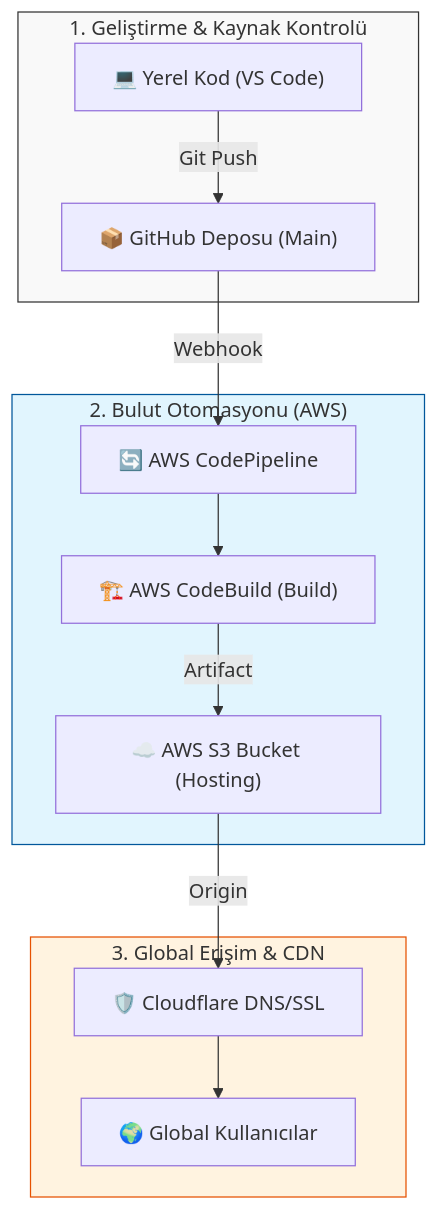
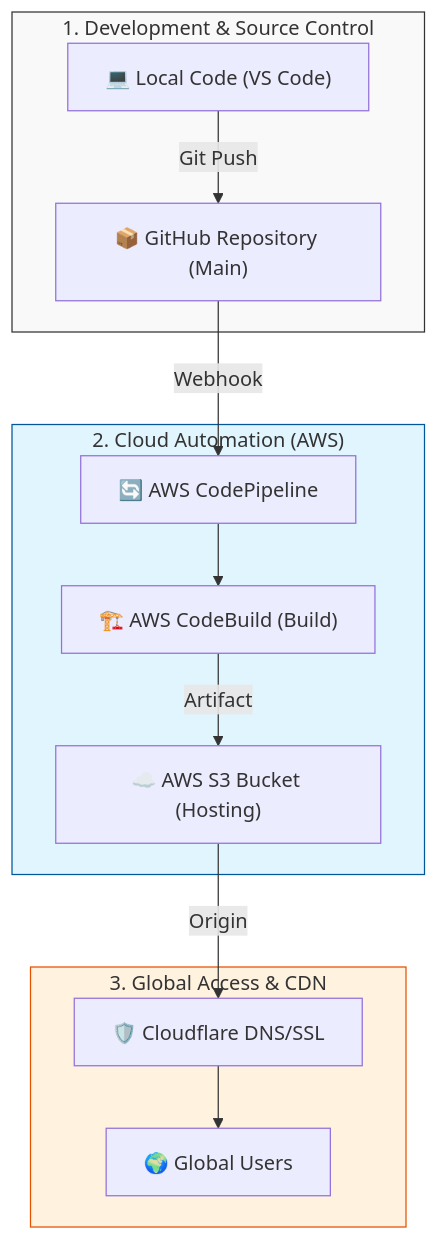
The diagram in README.md (hakanbayraktar/s3-landing-page), drawn with Mermaid before and after one commit. The commit also changed other lines of this file, not shown here.

````diff
--- a/README.md
+++ b/README.md
@@ -22,18 +22,18 @@
 ```mermaid
 graph TD
-    subgraph GELISTIRME_FAZI ["1. Geliştirme & Kaynak Kontrolü"]
-        A["💻 Yerel Kod (VS Code)"] -->|Git Push| B["📦 GitHub Deposu (Main)"]
+    subgraph DEVELOPMENT_PHASE ["1. Development & Source Control"]
+        A["💻 Local Code (VS Code)"] -->|Git Push| B["📦 GitHub Repository (Main)"]
     end
-    subgraph CI_CD_FAZI ["2. Bulut Otomasyonu (AWS)"]
+    subgraph CI_CD_PHASE ["2. Cloud Automation (AWS)"]
         B -->|Webhook| C["🔄 AWS CodePipeline"]
         C --> D["🏗️ AWS CodeBuild (Build)"]
         D -->|Artifact| E["☁️ AWS S3 Bucket (Hosting)"]
     end
-    subgraph DAGITIM_FAZI ["3. Global Erişim & CDN"]
+    subgraph DEPLOYMENT_PHASE ["3. Global Access & CDN"]
         E -->|Origin| F["🛡️ Cloudflare DNS/SSL"]
-        F --> G["🌍 Global Kullanıcılar"]
+        F --> G["🌍 Global Users"]
     end
-    style GELISTIRME_FAZI fill:#f9f9f9,stroke:#333
-    style CI_CD_FAZI fill:#e1f5fe,stroke:#01579b
-    style DAGITIM_FAZI fill:#fff3e0,stroke:#e65100
+    style DEVELOPMENT_PHASE fill:#f9f9f9,stroke:#333
+    style CI_CD_PHASE fill:#e1f5fe,stroke:#01579b
+    style DEPLOYMENT_PHASE fill:#fff3e0,stroke:#e65100
 ```
````
